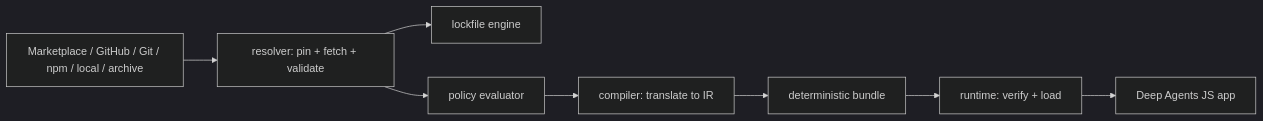
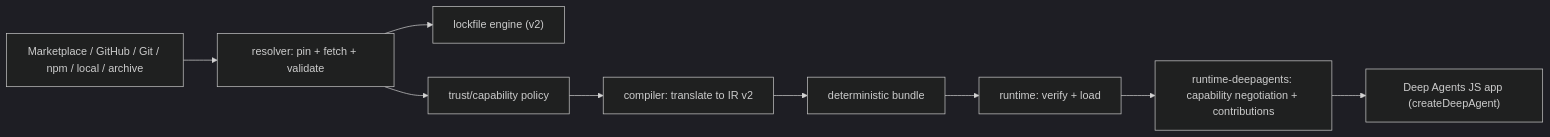
Before and after one commit to yu-iskw/deepagents-plugin-resolver-ts: the diagram in docs/architecture/overview.md, drawn with Mermaid (dark theme). The commit also changed other lines of this file and 3 other files, not shown here.

First line of the commit message:
docs: adopt expanded v2 RFC and update architecture, compatibility, and threat-model docs

````diff
--- a/docs/architecture/overview.md
+++ b/docs/architecture/overview.md
@@ -6,14 +6,15 @@
 ```mermaid
 flowchart LR
     Sources["Marketplace / GitHub / Git / npm / local / archive"]
     Resolver["resolver: pin + fetch + validate"]
-    Lock["lockfile engine"]
-    Policy["policy evaluator"]
-    Compiler["compiler: translate to IR"]
+    Lock["lockfile engine (v2)"]
+    Policy["trust/capability policy"]
+    Compiler["compiler: translate to IR v2"]
     Bundle["deterministic bundle"]
     Runtime["runtime: verify + load"]
-    DA["Deep Agents JS app"]
+    RD["runtime-deepagents: capability negotiation + contributions"]
+    DA["Deep Agents JS app (createDeepAgent)"]
 
     Sources --> Resolver --> Lock
-    Resolver --> Policy --> Compiler --> Bundle --> Runtime --> DA
+    Resolver --> Policy --> Compiler --> Bundle --> Runtime --> RD --> DA
 ```
````
